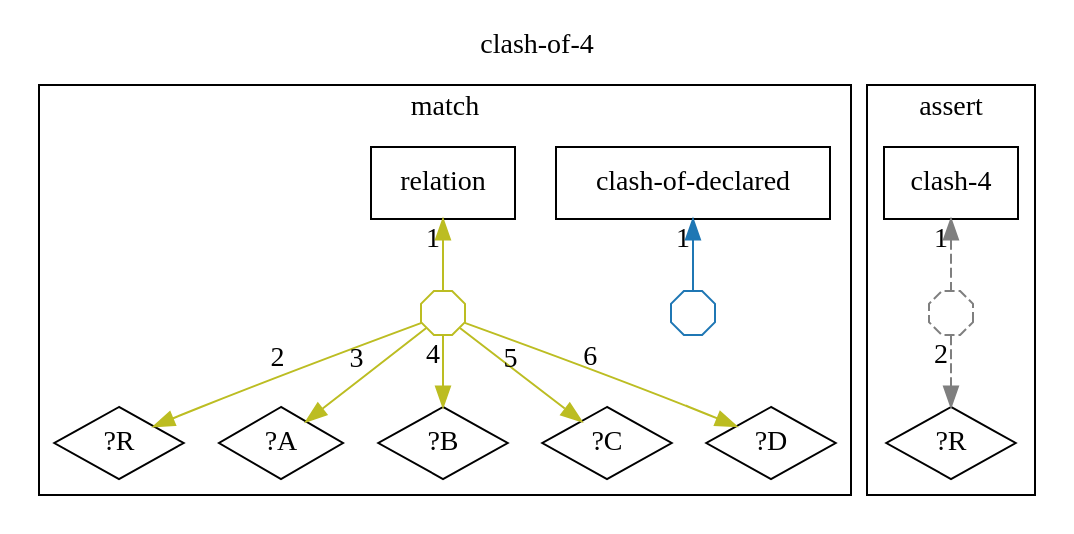
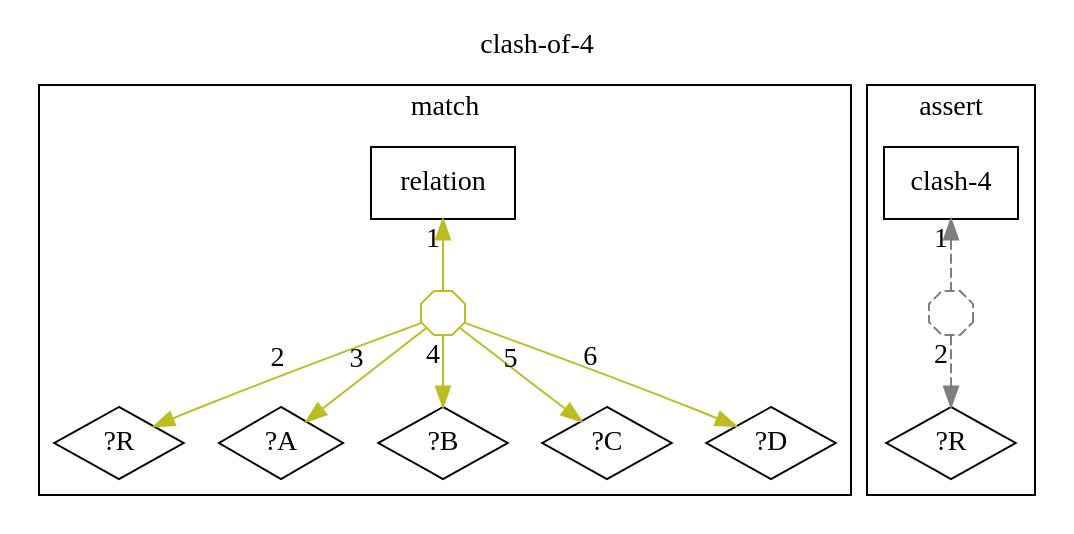
Before and after one commit to agutikov/ein: the diagram in docs/ein/user/04-reference/04-stdlib/diagrams/20-std.contradiction.clash-of-4.dot, drawn with Graphviz. The commit also changed 141 other files, not shown here.

```diff
--- a/docs/ein/user/04-reference/04-stdlib/diagrams/20-std.contradiction.clash-of-4.dot
+++ b/docs/ein/user/04-reference/04-stdlib/diagrams/20-std.contradiction.clash-of-4.dot
@@ -1,29 +1,26 @@
 digraph rule_clash_of_4_lhs_rhs {
   rankdir=TB;
   label="clash-of-4"; labelloc=t;
   subgraph cluster_lhs { label="match";
-    "clash-of-declared_L" [label="clash-of-declared", shape=box];
     "relation_L" [label="relation", shape=box];
     "?R_L" [label="?R", shape=diamond];
     "?A_L" [label="?A", shape=diamond];
     "?B_L" [label="?B", shape=diamond];
     "?C_L" [label="?C", shape=diamond];
     "?D_L" [label="?D", shape=diamond];
-    "h1_clash-of-declared_L" [shape=octagon, label="", width=0.3, height=0.3, fixedsize=true, color="#1f77b4"];
-    "clash-of-declared_L" -> "h1_clash-of-declared_L" [xlabel="1", dir=back, color="#1f77b4"];
-    "h2_relation_L" [shape=octagon, label="", width=0.3, height=0.3, fixedsize=true, color="#bcbd22"];
-    "relation_L" -> "h2_relation_L" [xlabel="1", dir=back, color="#bcbd22"];
-    "h2_relation_L" -> "?R_L" [xlabel="2", color="#bcbd22"];
-    "h2_relation_L" -> "?A_L" [xlabel="3", color="#bcbd22"];
-    "h2_relation_L" -> "?B_L" [xlabel="4", color="#bcbd22"];
-    "h2_relation_L" -> "?C_L" [xlabel="5", color="#bcbd22"];
-    "h2_relation_L" -> "?D_L" [xlabel="6", color="#bcbd22"];
+    "h1_relation_L" [shape=octagon, label="", width=0.3, height=0.3, fixedsize=true, color="#bcbd22"];
+    "relation_L" -> "h1_relation_L" [xlabel="1", dir=back, color="#bcbd22"];
+    "h1_relation_L" -> "?R_L" [xlabel="2", color="#bcbd22"];
+    "h1_relation_L" -> "?A_L" [xlabel="3", color="#bcbd22"];
+    "h1_relation_L" -> "?B_L" [xlabel="4", color="#bcbd22"];
+    "h1_relation_L" -> "?C_L" [xlabel="5", color="#bcbd22"];
+    "h1_relation_L" -> "?D_L" [xlabel="6", color="#bcbd22"];
   }
   subgraph cluster_rhs { label="assert";
     "clash-4_R" [label="clash-4", shape=box];
     "?R_R" [label="?R", shape=diamond];
-    "h3_clash-4_R" [shape=octagon, label="", width=0.3, height=0.3, fixedsize=true, color="#7f7f7f", style=dashed];
-    "clash-4_R" -> "h3_clash-4_R" [xlabel="1", dir=back, color="#7f7f7f", style=dashed];
-    "h3_clash-4_R" -> "?R_R" [xlabel="2", color="#7f7f7f", style=dashed];
+    "h2_clash-4_R" [shape=octagon, label="", width=0.3, height=0.3, fixedsize=true, color="#7f7f7f", style=dashed];
+    "clash-4_R" -> "h2_clash-4_R" [xlabel="1", dir=back, color="#7f7f7f", style=dashed];
+    "h2_clash-4_R" -> "?R_R" [xlabel="2", color="#7f7f7f", style=dashed];
   }
 }
```
